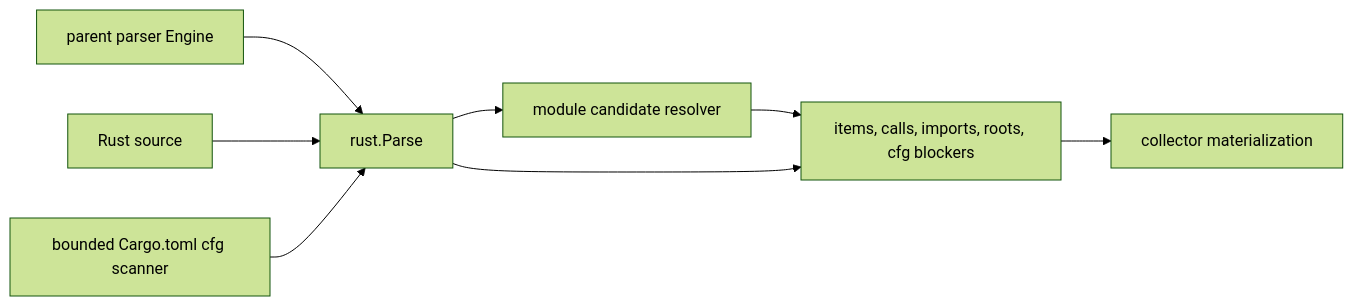
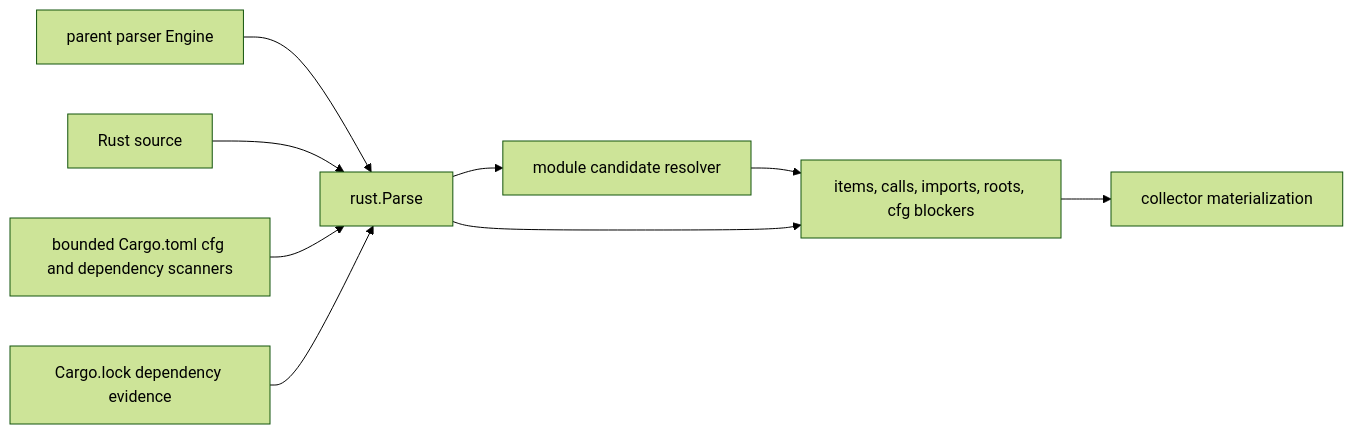
The diagram in go/internal/parser/rust/README.md (eshu-hq/eshu), drawn with Mermaid (forest theme) before and after one commit. The commit also changed other lines of this file and 22 other files, not shown here.

Commit message:
Add Cargo dependency coverage

````diff
--- a/go/internal/parser/rust/README.md
+++ b/go/internal/parser/rust/README.md
@@ -13,18 +14,20 @@
 ```mermaid
 flowchart LR
     Parent["parent parser Engine"]
     Source["Rust source"]
     Parse["rust.Parse"]
-    Cargo["bounded Cargo.toml cfg scanner"]
+    Cargo["bounded Cargo.toml cfg and dependency scanners"]
+    Lockfile["Cargo.lock dependency evidence"]
     Modules["module candidate resolver"]
     Payload["items, calls, imports, roots, cfg blockers"]
     Collector["collector materialization"]
 
     Parent --> Parse
     Source --> Parse
     Cargo --> Parse
+    Lockfile --> Parse
     Parse --> Modules
     Modules --> Payload
     Parse --> Payload
     Payload --> Collector
 ```
````
